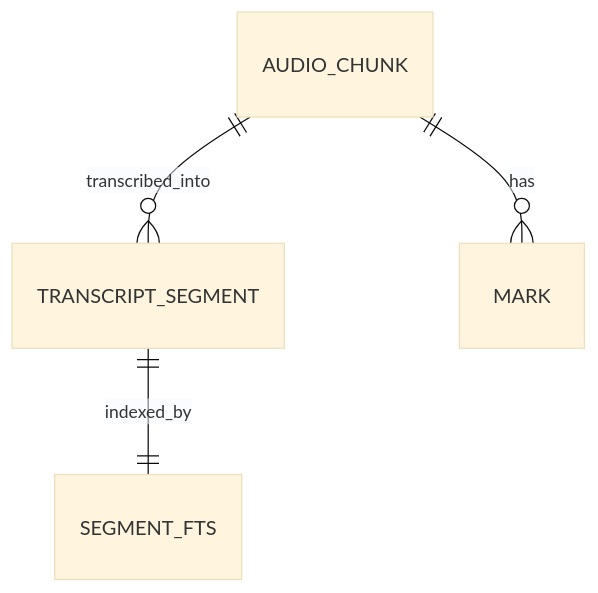
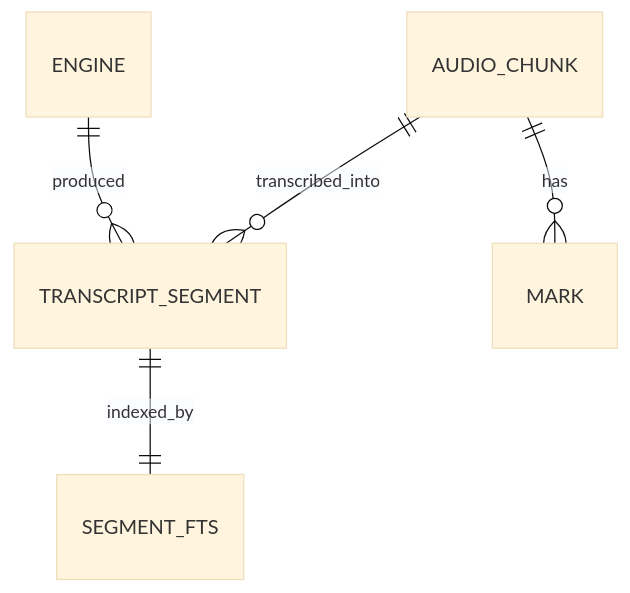
One commit to Soichiro5/watch-audio changed the second of 3 diagrams in docs/architecture/02-architecture.md. Above: the diagram before and after it, drawn with Mermaid (base theme). The commit also changed other lines of this file and 2 other files, not shown here.

````diff
--- a/docs/architecture/02-architecture.md
+++ b/docs/architecture/02-architecture.md
@@ -102,6 +103,7 @@
 ```mermaid
 erDiagram
   AUDIO_CHUNK ||--o{ TRANSCRIPT_SEGMENT : transcribed_into
   AUDIO_CHUNK ||--o{ MARK : has
+  ENGINE ||--o{ TRANSCRIPT_SEGMENT : produced
   TRANSCRIPT_SEGMENT ||--|| SEGMENT_FTS : indexed_by
 ```
````
